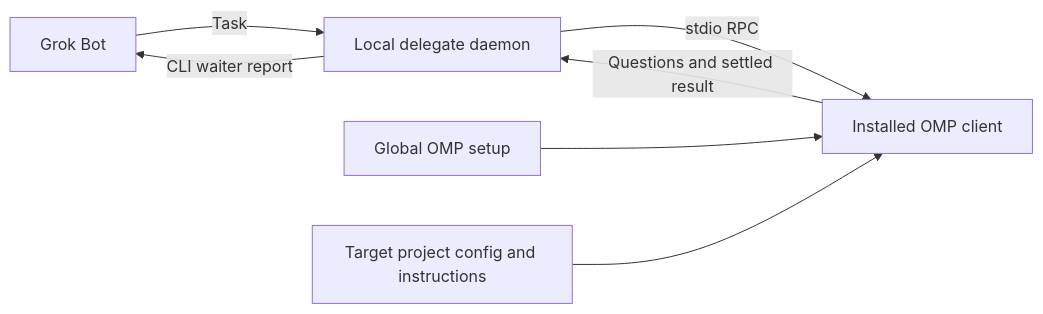
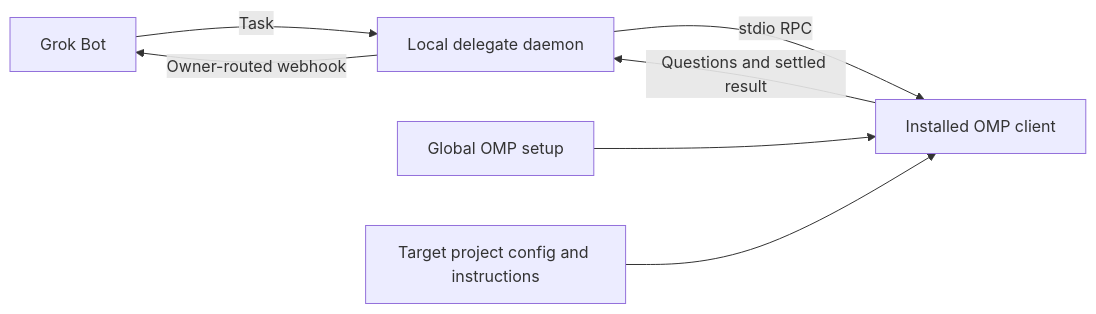
The diagram in README.md (solomonyan/bot-omp-delegate), drawn with Mermaid before and after one commit. The commit also changed other lines of this file and 13 other files, not shown here.

Commit message:
Fix owner-routed conversational webhooks (#4)

````diff
--- a/README.md
+++ b/README.md
@@ -76,9 +42,9 @@
 ```mermaid
 flowchart LR
     A[Grok Bot] -->|Task| B[Local delegate daemon]
     B -->|stdio RPC| C[Installed OMP client]
     D[Global OMP setup] --> C
     E[Target project config and instructions] --> C
     C -->|Questions and settled result| B
-    B -->|CLI waiter report| A
+    B -->|Owner-routed webhook| A
 ```
````
